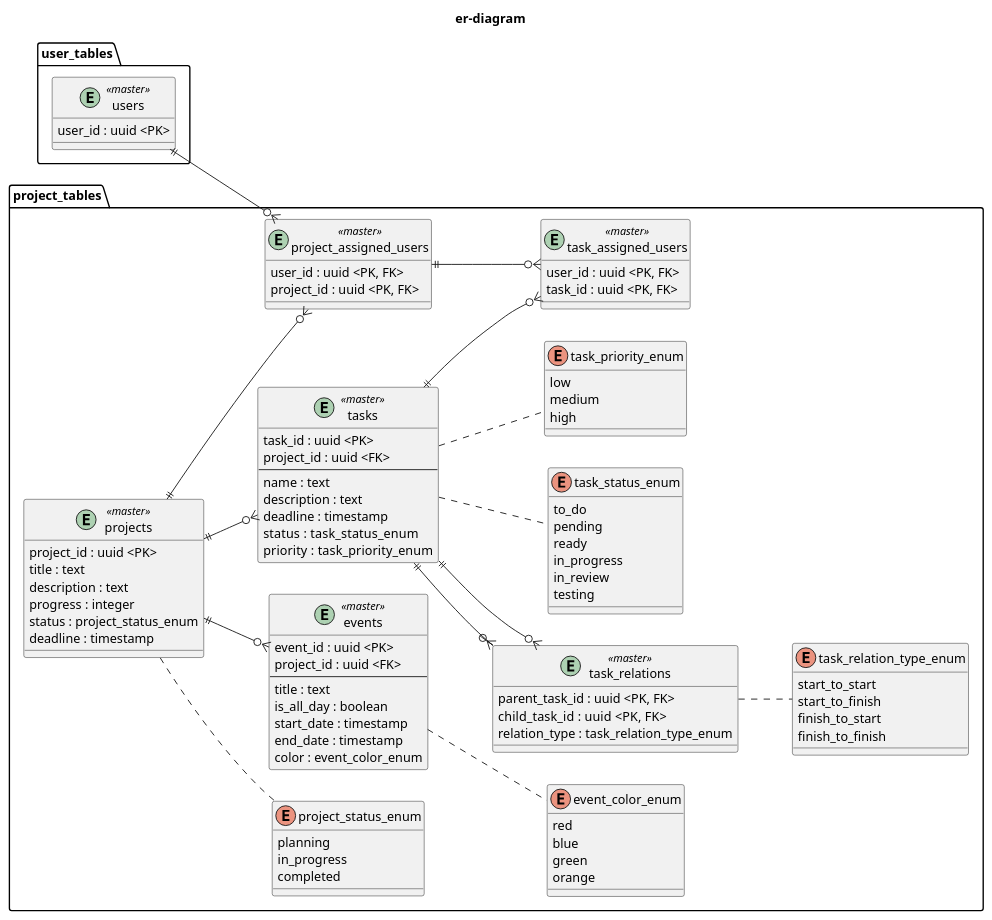
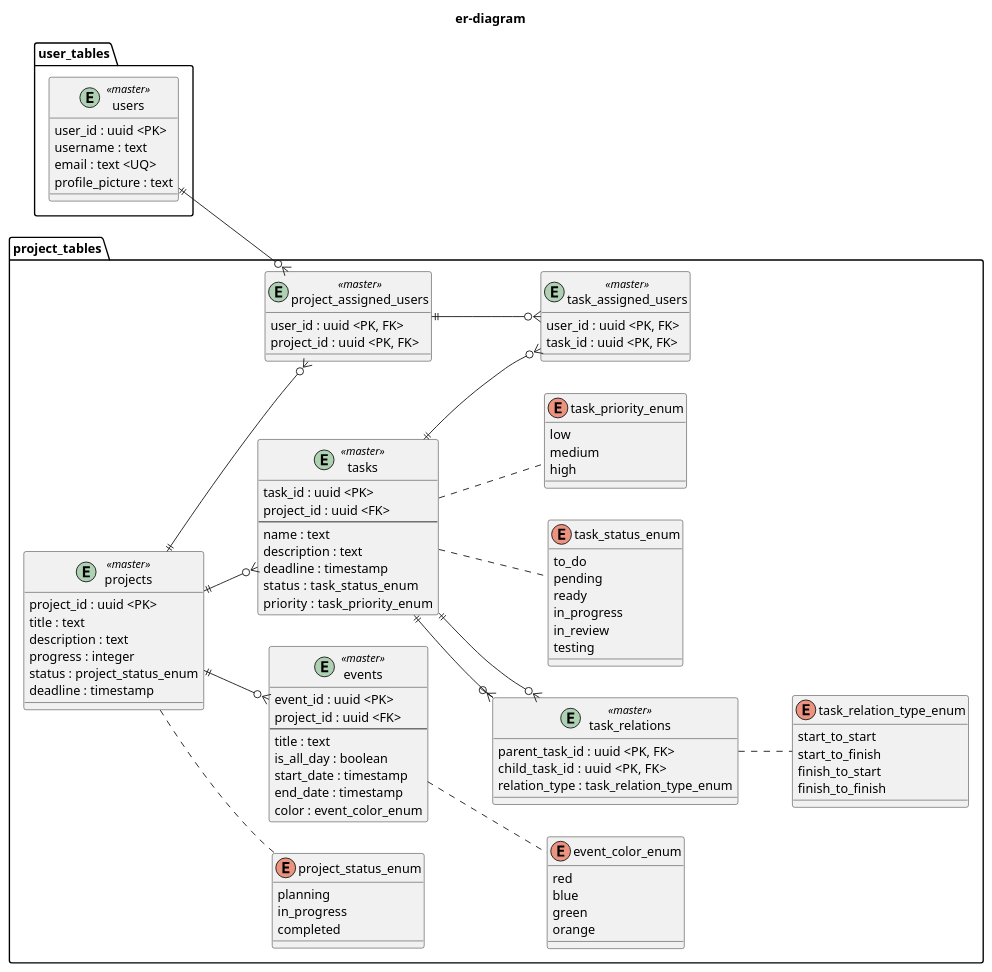
Before and after one commit to KaungSetLinn/FlowMatic: the diagram in doc/backend/er-diagram/er-diagram.pu, drawn with PlantUML.

Commit message:
add: ユーザーエンティティに属性を追加

```diff
--- a/doc/backend/er-diagram/er-diagram.pu
+++ b/doc/backend/er-diagram/er-diagram.pu
@@ -1,102 +1,105 @@
 @startuml er-diagram
 
 left to right direction
 
 title er-diagram
 
 package user_tables {
     entity users <<master>>{
-        user_id : uuid <PK>
+    user_id : uuid <PK>
+    username : text
+    email : text <UQ>
+    profile_picture : text
     }
 }
 
 package project_tables {
     entity projects <<master>>{
         project_id : uuid <PK>
         title : text
         description : text
         progress : integer
         status : project_status_enum
         deadline : timestamp
     }
     enum project_status_enum {
         planning
         in_progress
         completed
     }
     entity project_assigned_users <<master>>{
         user_id : uuid <PK, FK>
         project_id : uuid <PK, FK>
     }
     entity tasks <<master>>{
         task_id : uuid <PK>
         project_id : uuid <FK>
         ---
         name : text
         description : text
         deadline : timestamp
         status :  task_status_enum
         priority :  task_priority_enum
     }
     enum  task_status_enum {
         to_do
         pending
         ready
         in_progress
         in_review
         testing
     }
     enum  task_priority_enum {
         low
         medium
         high
     }
     entity task_assigned_users <<master>>{
         user_id : uuid <PK, FK>
         task_id : uuid <PK, FK>
     }
     entity task_relations <<master>>{
         parent_task_id : uuid <PK, FK>
         child_task_id  : uuid <PK, FK>
         relation_type : task_relation_type_enum
     }
     enum task_relation_type_enum {
         start_to_start
         start_to_finish
         finish_to_start
         finish_to_finish
     }
     entity events <<master>>{
         event_id : uuid <PK>
         project_id : uuid <FK>
         ---
         title : text
         is_all_day : boolean
         start_date : timestamp
         end_date : timestamp
         color : event_color_enum
     }
     enum event_color_enum {
         red
         blue
         green
         orange
     }
 
     projects ||--o{ project_assigned_users
     project_assigned_users ||--o{ task_assigned_users
     projects ||--o{ tasks
     tasks ||--o{ task_relations
     tasks ||--o{ task_relations
     task_relations .. task_relation_type_enum
     tasks ..  task_priority_enum
     tasks ..  task_status_enum
     tasks ||--o{ task_assigned_users
     projects .. project_status_enum
     projects ||--o{ events
     events .. event_color_enum
 }
 
 users ||--o{ project_assigned_users
 
 @enduml
```
